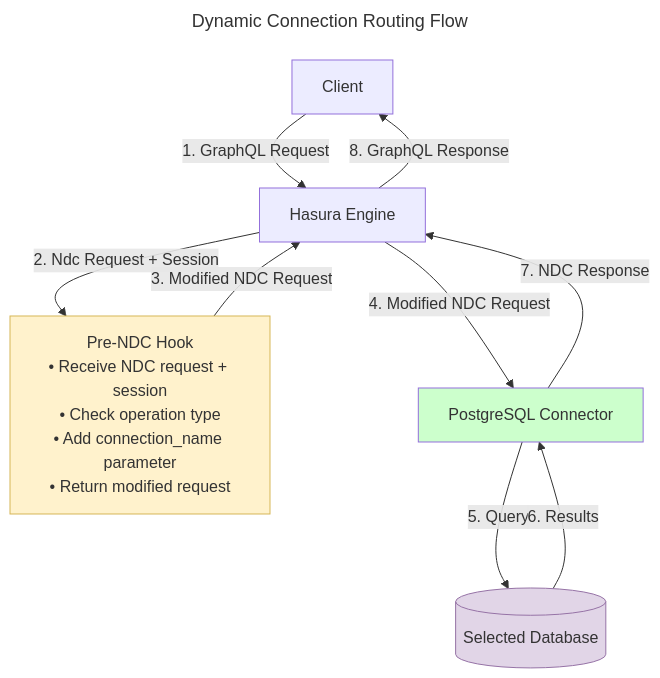
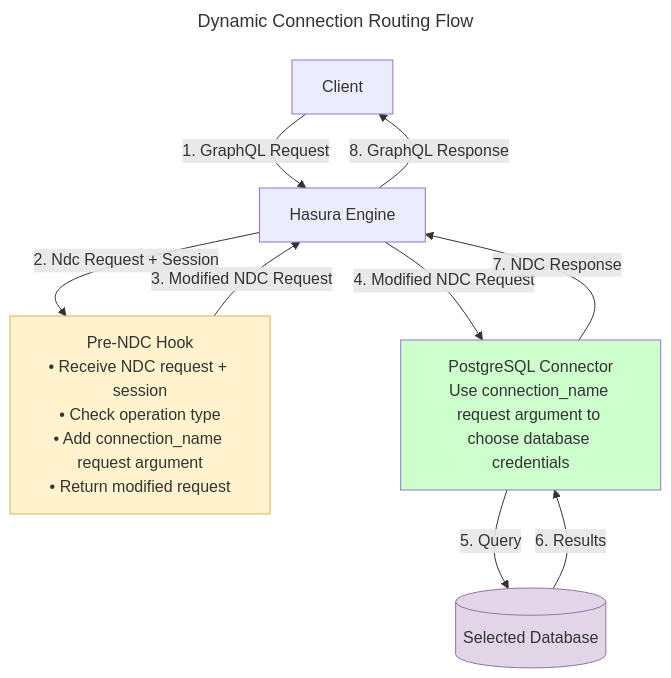
Before and after one commit to hasura/ddn-docs: the diagram in docs/reference/connectors/postgresql/dynamic-connections-tutorial.mdx, drawn with Mermaid.

Commit message:
use more accurate wording in graph

````diff
--- a/docs/reference/connectors/postgresql/dynamic-connections-tutorial.mdx
+++ b/docs/reference/connectors/postgresql/dynamic-connections-tutorial.mdx
@@ -26,18 +26,18 @@
 ```mermaid
 ---
 title: Dynamic Connection Routing Flow
 ---
 graph TD
     Client[Client] -->|1. GraphQL Request| Engine[Hasura Engine]
-    Engine -->|2. Ndc Request + Session| Webhook["Pre-NDC Hook<br />• Receive NDC request + session<br/>• Check operation type<br/>• Add connection_name parameter<br/>• Return modified request"]
+    Engine -->|2. Ndc Request + Session| Webhook["Pre-NDC Hook<br />• Receive NDC request + session<br/>• Check operation type<br/>• Add connection_name request argument<br/>• Return modified request"]
     Webhook -->|3. Modified NDC Request| Engine
-    Engine -->|4. Modified NDC Request| Connector[PostgreSQL Connector]
+    Engine -->|4. Modified NDC Request| Connector["PostgreSQL Connector<br \>Use connection_name request argument to choose database credentials"]
     Connector -->|5. Query| Database[(Selected Database)]
     Database -->|6. Results| Connector
     Connector -->|7. NDC Response| Engine
     Engine -->|8. GraphQL Response| Client
 
     style Webhook fill:#fff2cc,stroke:#d6b656
     style Database fill:#e1d5e7,stroke:#9673a6
     style Connector fill:#ccffcc
 ```
````
